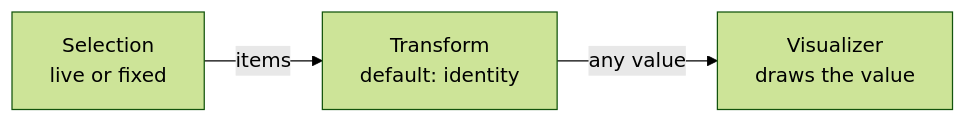
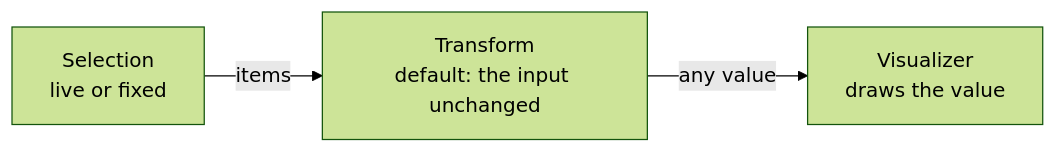
Before and after one commit to digiefel/DataBrowser: the first of 2 diagrams in docs/plans/visualizers.md, drawn with Mermaid (forest theme). The commit also changed other lines of this file, not shown here.

Commit message:
Plan transform inputs, code views, speed, and saving

````diff
--- a/docs/plans/visualizers.md
+++ b/docs/plans/visualizers.md
@@ -49,5 +48,5 @@
 ```mermaid
 flowchart LR
-    sel["Selection<br/>live or fixed"] -->|items| tr["Transform<br/>default: identity"]
+    sel["Selection<br/>live or fixed"] -->|items| tr["Transform<br/>default: the input unchanged"]
     tr -->|any value| vis["Visualizer<br/>draws the value"]
 ```
````
